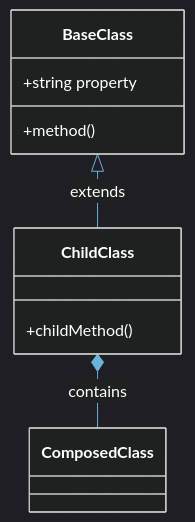
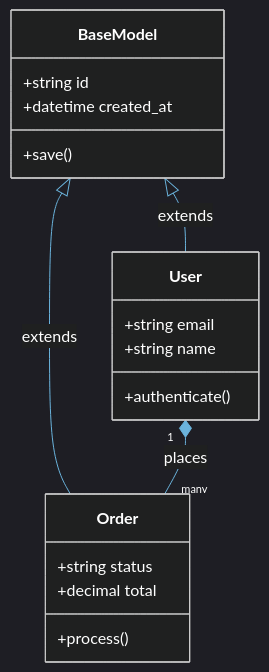
One commit to aj-geddes/useful-ai-prompts changed the second of 2 diagrams in prompts/project-management/repo-documentation.md. Above: the diagram before and after it, drawn with Mermaid. The commit also changed other lines of this file and 488 other files, not shown here.

````diff
--- a/prompts/project-management/repo-documentation.md
+++ b/prompts/project-management/repo-documentation.md
@@ -67,22 +151,31 @@
-     ```mermaid
-     %%{init: {
-       'theme': 'dark',
-       'themeVariables': {
-         'fontFamily': 'monospace',
-         'primaryBorderColor': '#6BB4DD',
-         'primaryColor': '#2D3A4D',
-         'primaryTextColor': '#fff',
-         'lineColor': '#6BB4DD'
-       }
-     }}%%
-     classDiagram
-       class BaseClass {
-         +string property
-         +method()
-       }
-       class ChildClass {
-         +childMethod()
-       }
-       BaseClass <|-- ChildClass : extends
-       ChildClass *-- ComposedClass : contains
-     ```
+```mermaid
+%%{init: {
+  'theme': 'dark',
+  'themeVariables': {
+    'fontFamily': 'monospace',
+    'primaryBorderColor': '#6BB4DD',
+    'primaryColor': '#2D3A4D',
+    'primaryTextColor': '#fff',
+    'lineColor': '#6BB4DD'
+  }
+}}%%
+classDiagram
+  class BaseModel {
+    +string id
+    +datetime created_at
+    +save()
+  }
+  class User {
+    +string email
+    +string name
+    +authenticate()
+  }
+  class Order {
+    +string status
+    +decimal total
+    +process()
+  }
+  BaseModel <|-- User : extends
+  BaseModel <|-- Order : extends
+  User "1" *-- "many" Order : places
+```
````
